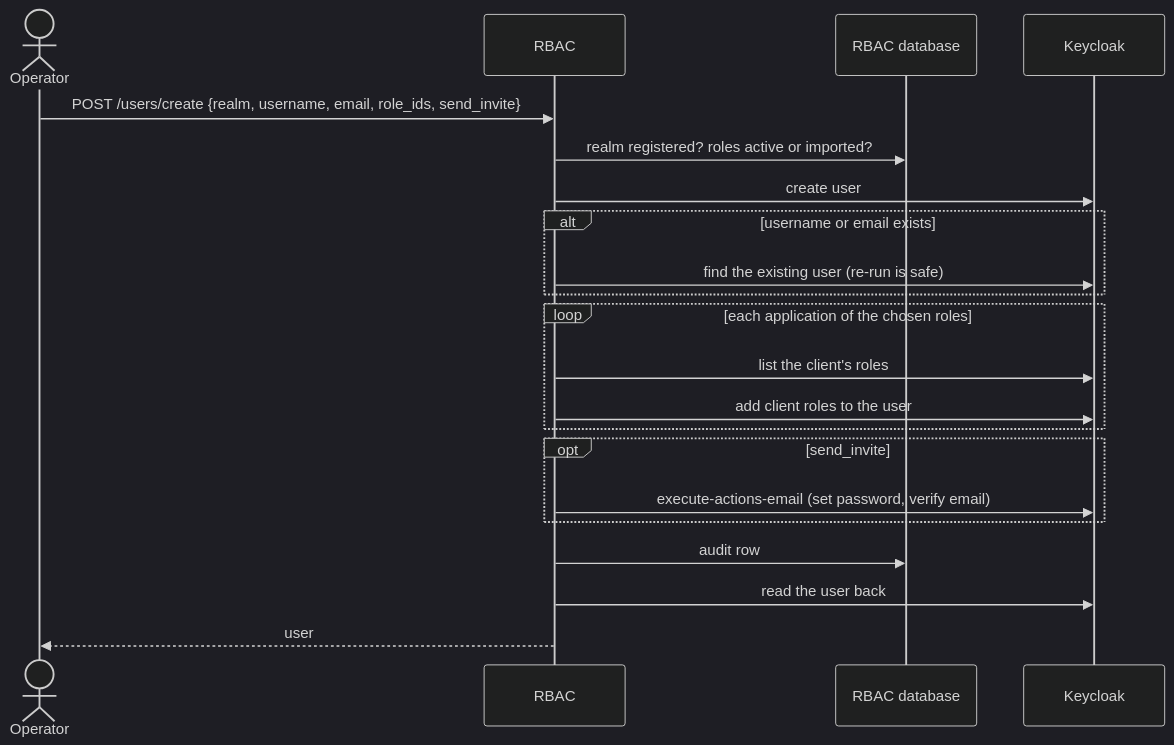
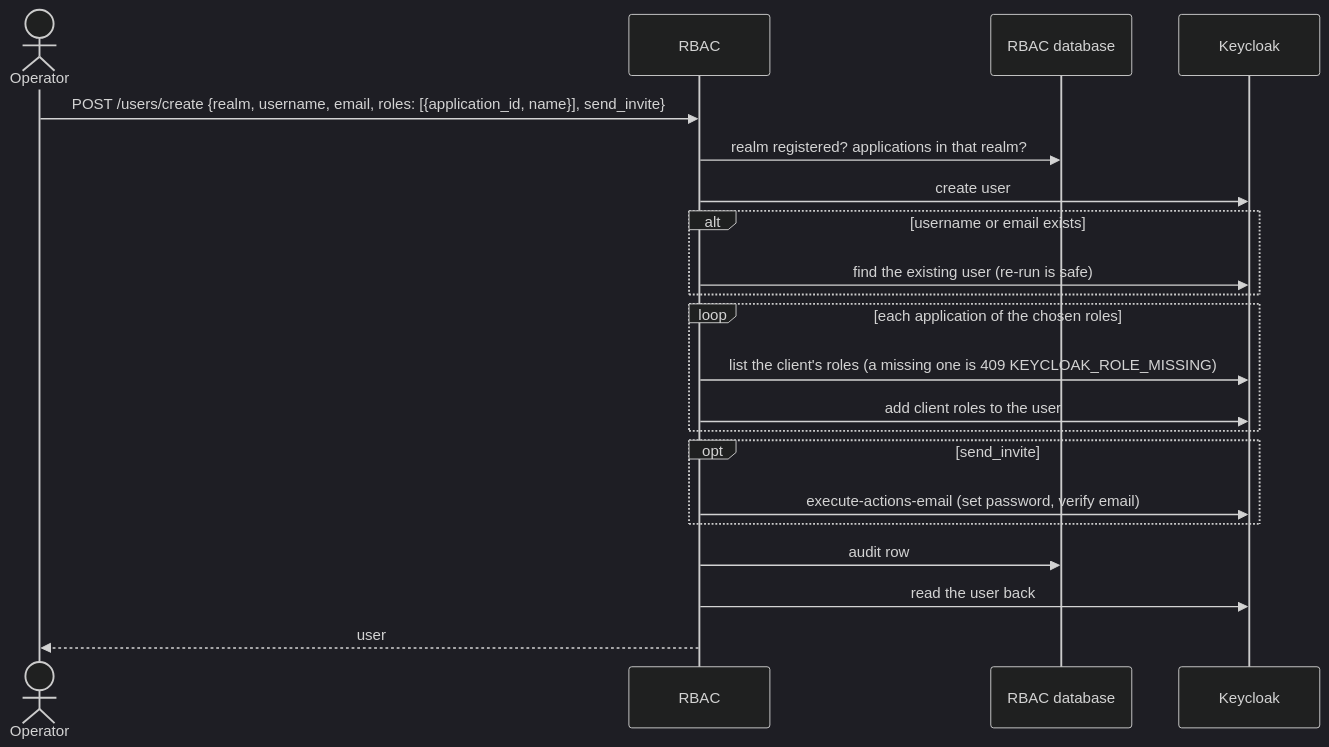
One commit to Centre-for-Open-Societal-Systems/oan_identitygovernance_service changed the sixth of 6 diagrams in docs/sequence-diagrams.md. Above: the diagram before and after it, drawn with Mermaid (dark theme). The commit also changed other lines of this file and 12 other files, not shown here.

First line of the commit message:
Read roles live from Keycloak and drop the role and sync tables

````diff
--- a/docs/sequence-diagrams.md
+++ b/docs/sequence-diagrams.md
@@ -122,24 +121,24 @@
 ```mermaid
 sequenceDiagram
     actor Op as Operator
     participant RBAC
     participant DB as RBAC database
     participant KC as Keycloak
 
-    Op->>RBAC: POST /users/create {realm, username, email, role_ids, send_invite}
-    RBAC->>DB: realm registered? roles active or imported?
+    Op->>RBAC: POST /users/create {realm, username, email, roles: [{application_id, name}], send_invite}
+    RBAC->>DB: realm registered? applications in that realm?
     RBAC->>KC: create user
     alt username or email exists
         RBAC->>KC: find the existing user (re-run is safe)
     end
     loop each application of the chosen roles
-        RBAC->>KC: list the client's roles
+        RBAC->>KC: list the client's roles (a missing one is 409 KEYCLOAK_ROLE_MISSING)
         RBAC->>KC: add client roles to the user
     end
     opt send_invite
         RBAC->>KC: execute-actions-email (set password, verify email)
     end
     RBAC->>DB: audit row
     RBAC->>KC: read the user back
     RBAC-->>Op: user
 ```
````
